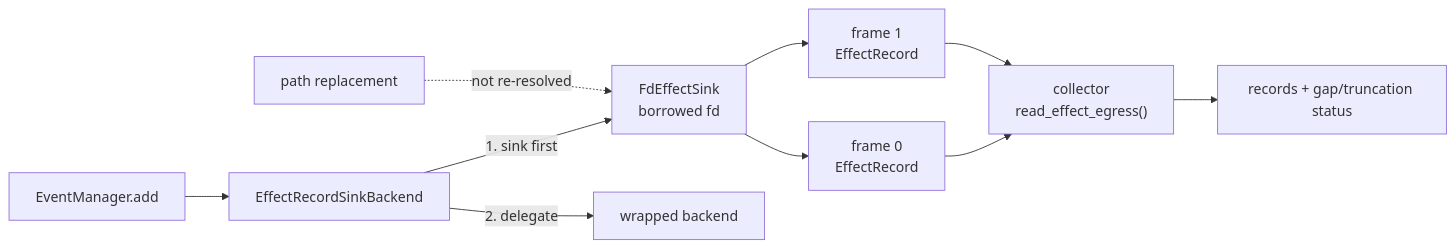
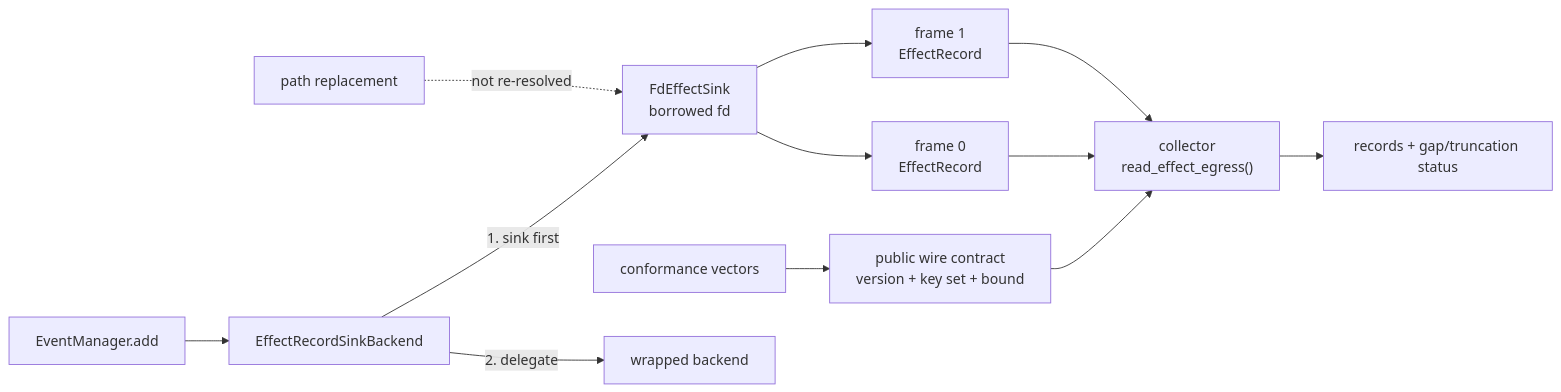
The diagram in README.md (nirosen/labs-OO-Agents), drawn with Mermaid before and after one commit. The commit also changed other lines of this file and 4 other files, not shown here.

Commit message:
Publish effect egress V1 collector contract

````diff
--- a/README.md
+++ b/README.md
@@ -71,13 +71,15 @@
 ```mermaid
 flowchart LR
     A["EventManager.add"] --> B["EffectRecordSinkBackend"]
     B -->|1. sink first| C["FdEffectSink<br/>borrowed fd"]
     C --> D["frame 0<br/>EffectRecord"]
     C --> E["frame 1<br/>EffectRecord"]
-    D --> F["collector<br/>read_effect_egress()"]
+    W["public wire contract<br/>version + key set + bound"] --> F["collector<br/>read_effect_egress()"]
+    V["conformance vectors"] --> W
+    D --> F
     E --> F
     F --> G["records + gap/truncation status"]
     B -->|2. delegate| H["wrapped backend"]
 
     I["path replacement"] -. "not re-resolved" .-> C
 ```
````
